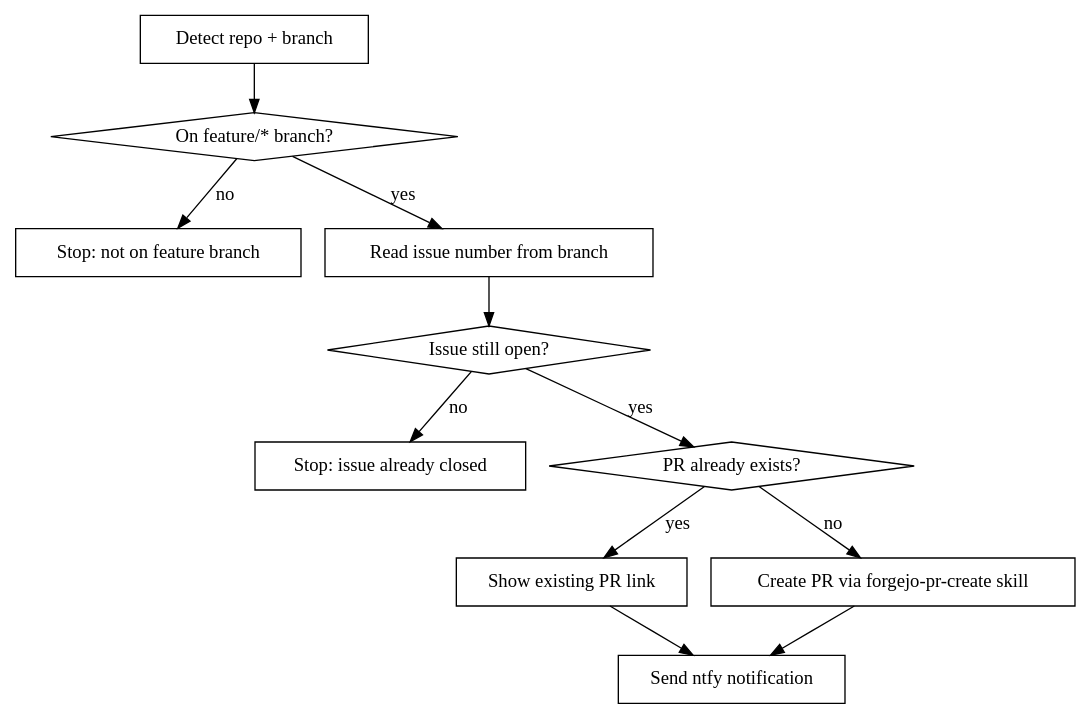
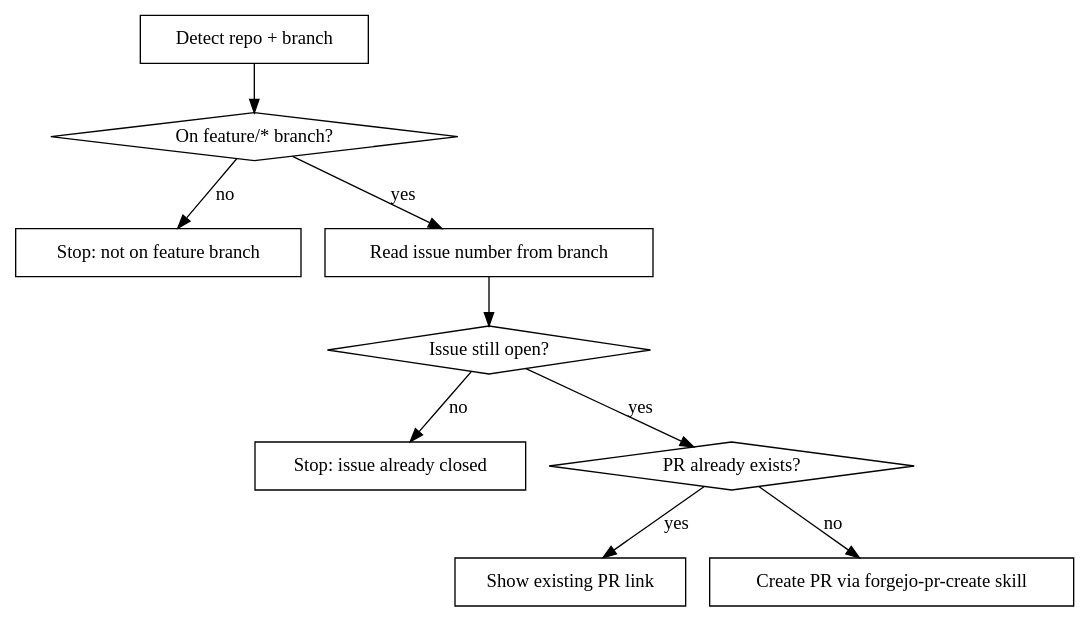
The diagram in .claude/skills/jb-forgejo-issue-finish/SKILL.md (janbaer/dotfiles), drawn with Graphviz before and after one commit. The commit also changed other lines of this file and 3 other files, not shown here.

First line of the commit message:
claude 🔧: Cutting ntfy noise from the forgejo issue, merge and release skills

````diff
--- a/.claude/skills/jb-forgejo-issue-finish/SKILL.md
+++ b/.claude/skills/jb-forgejo-issue-finish/SKILL.md
@@ -17,25 +17,22 @@
 ```dot
 digraph finish_workflow {
     "Detect repo + branch" [shape=box];
     "On feature/* branch?" [shape=diamond];
     "Stop: not on feature branch" [shape=box];
     "Read issue number from branch" [shape=box];
     "Issue still open?" [shape=diamond];
     "Stop: issue already closed" [shape=box];
     "PR already exists?" [shape=diamond];
     "Show existing PR link" [shape=box];
     "Create PR via forgejo-pr-create skill" [shape=box];
-    "Send ntfy notification" [shape=box];
 
     "Detect repo + branch" -> "On feature/* branch?";
     "On feature/* branch?" -> "Read issue number from branch" [label="yes"];
     "On feature/* branch?" -> "Stop: not on feature branch" [label="no"];
     "Read issue number from branch" -> "Issue still open?";
     "Issue still open?" -> "PR already exists?" [label="yes"];
     "Issue still open?" -> "Stop: issue already closed" [label="no"];
     "PR already exists?" -> "Show existing PR link" [label="yes"];
     "PR already exists?" -> "Create PR via forgejo-pr-create skill" [label="no"];
-    "Show existing PR link" -> "Send ntfy notification";
-    "Create PR via forgejo-pr-create skill" -> "Send ntfy notification";
 }
 ```
````
